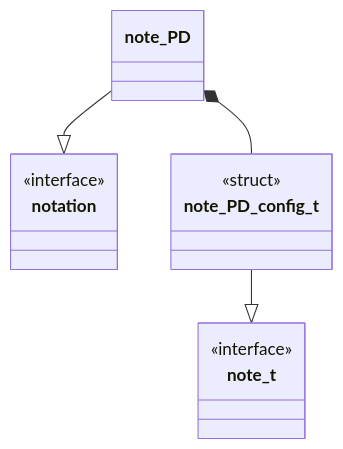
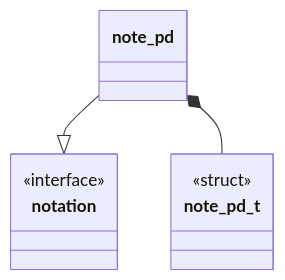
Before and after one commit to Uiowa-Applied-Topology/tanglenomicon_core_libraries: the diagram in docs/design/Notations/PD.md, drawn with Mermaid. The commit also changed 3 other files, not shown here.

````diff
--- a/docs/design/Notations/PD.md
+++ b/docs/design/Notations/PD.md
@@ -1,21 +1,17 @@
 ```mermaid
 classDiagram
 
-note_PD --|> notation 
-note_PD_config_t --|> note_t 
-note_PD *-- note_PD_config_t
+note_pd --|> notation 
+note_pd *-- note_pd_t
 
-class note_PD_config_t {
+class note_pd_t {
 <<struct>>
 }
 
-class notation{
-<<interface>>
-}
 
-class note_t {
+class notation {
 <<interface>>
 }
 
 
 ```
````
